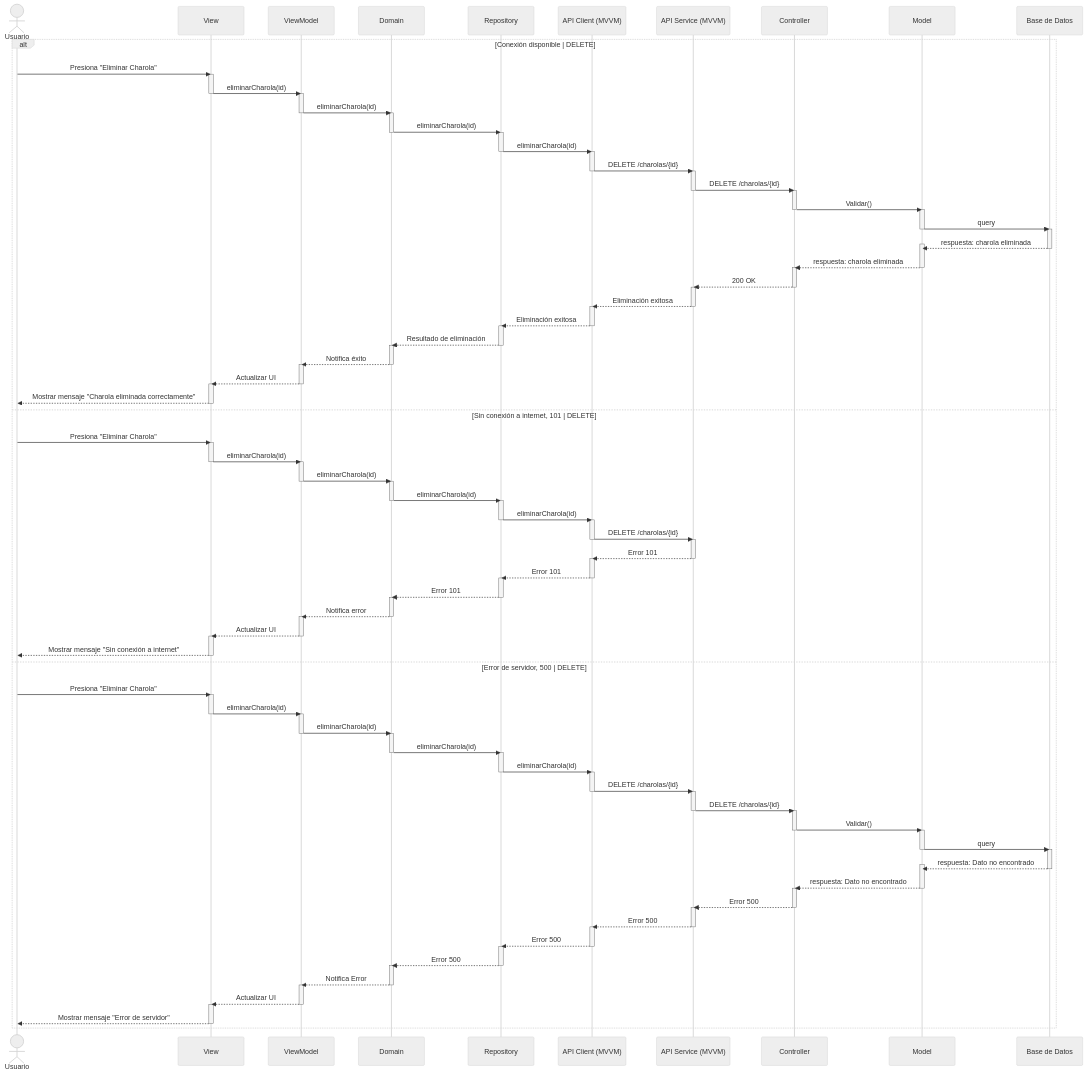
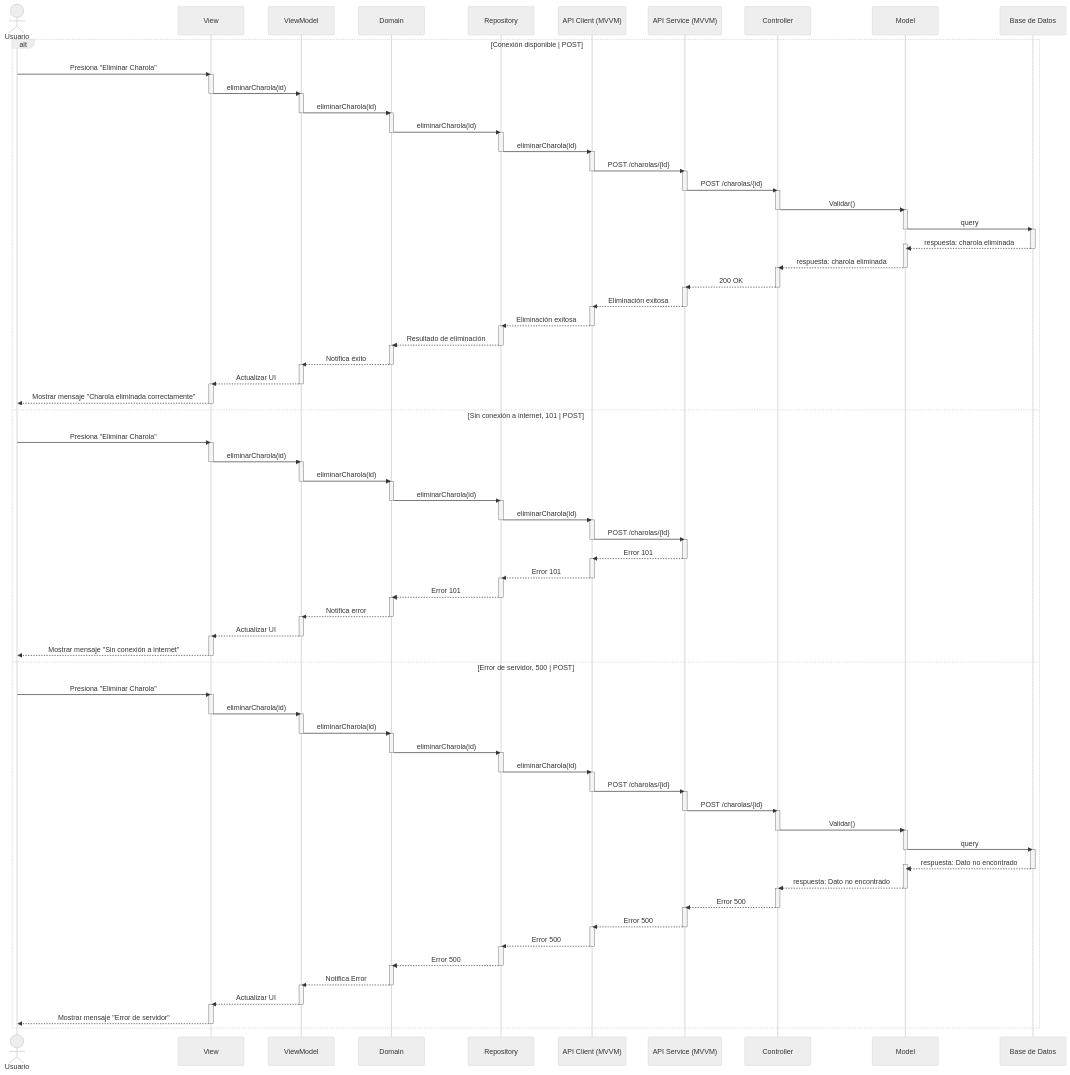
Before and after one commit to CodeAnd-Co/Documentacion: the diagram in documentation/docs/proyectos/larvas/documentacion/requisitos/RF8.md, drawn with Mermaid (neutral theme).

Commit message:
Comenzada modificacion a diagrama de RF8

```diff
--- a/documentation/docs/proyectos/larvas/documentacion/requisitos/RF8.md
+++ b/documentation/docs/proyectos/larvas/documentacion/requisitos/RF8.md
@@ -38,7 +38,7 @@
     participant Model as Model
     participant Database as Base de Datos
 
-    alt Conexión disponible | DELETE
+    alt Conexión disponible | POST
         Usuario ->> View: Presiona "Eliminar Charola"
         activate View
 
@@ -58,11 +58,11 @@
         deactivate Repository
         activate APIClient
 
-        APIClient ->> APIService: DELETE /charolas/{id}
+        APIClient ->> APIService: POST  /charolas/{id}
         deactivate APIClient
         activate APIService
 
-        APIService ->> Controller: DELETE /charolas/{id}
+        APIService ->> Controller: POST /charolas/{id}
         deactivate APIService
         activate Controller
 
@@ -109,7 +109,7 @@
         View -->> Usuario: Mostrar mensaje "Charola eliminada correctamente"
         deactivate View
 
-    else Sin conexión a internet, 101 | DELETE
+    else Sin conexión a internet, 101 | POST
         Usuario ->> View: Presiona "Eliminar Charola"
         activate View
 
@@ -129,7 +129,7 @@
         deactivate Repository
         activate APIClient
 
-        APIClient ->> APIService: DELETE /charolas/{id}
+        APIClient ->> APIService: POST /charolas/{id}
         deactivate APIClient
         activate APIService
 
@@ -156,7 +156,7 @@
         View -->> Usuario: Mostrar mensaje "Sin conexión a internet"
         deactivate View
 
-    else Error de servidor, 500 | DELETE
+    else Error de servidor, 500 | POST
         Usuario ->> View: Presiona "Eliminar Charola"
         activate View
 
@@ -176,11 +176,11 @@
         deactivate Repository
         activate APIClient
 
-        APIClient ->> APIService: DELETE /charolas/{id}
+        APIClient ->> APIService: POST /charolas/{id}
         deactivate APIClient
         activate APIService
 
-        APIService ->> Controller: DELETE /charolas/{id}
+        APIService ->> Controller: POST /charolas/{id}
         deactivate APIService
         activate Controller
 
```
